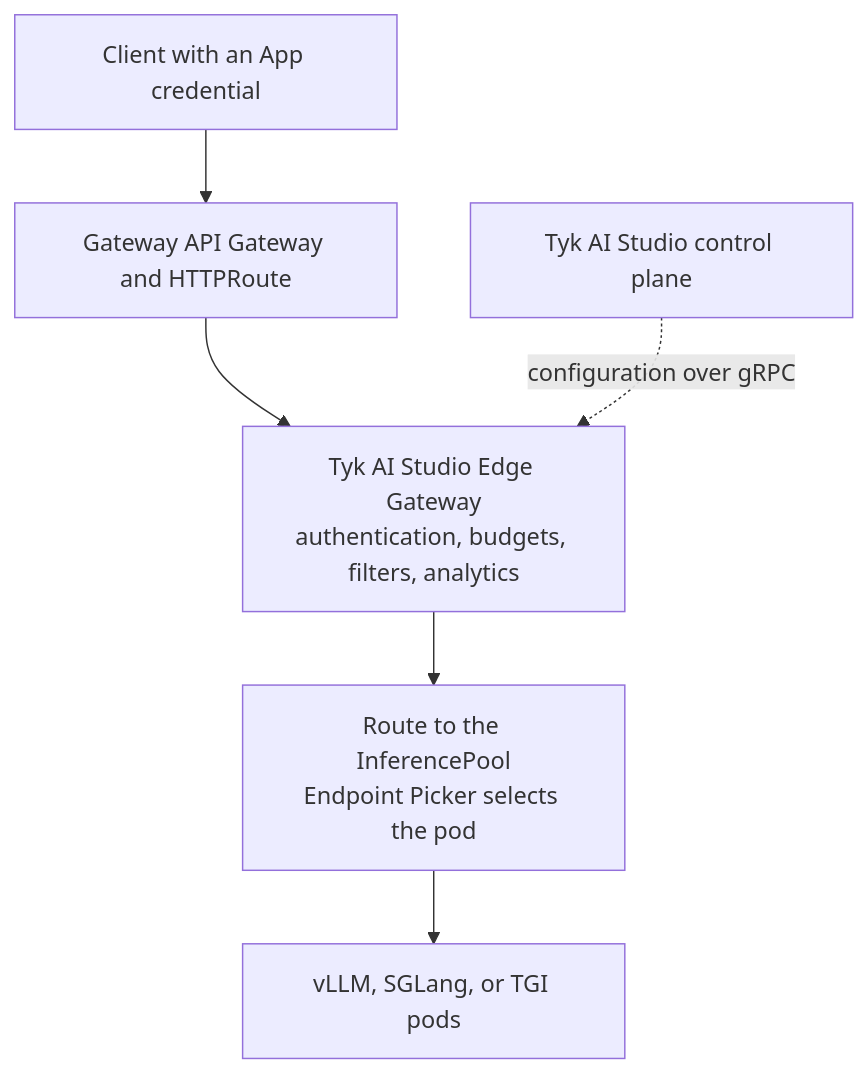
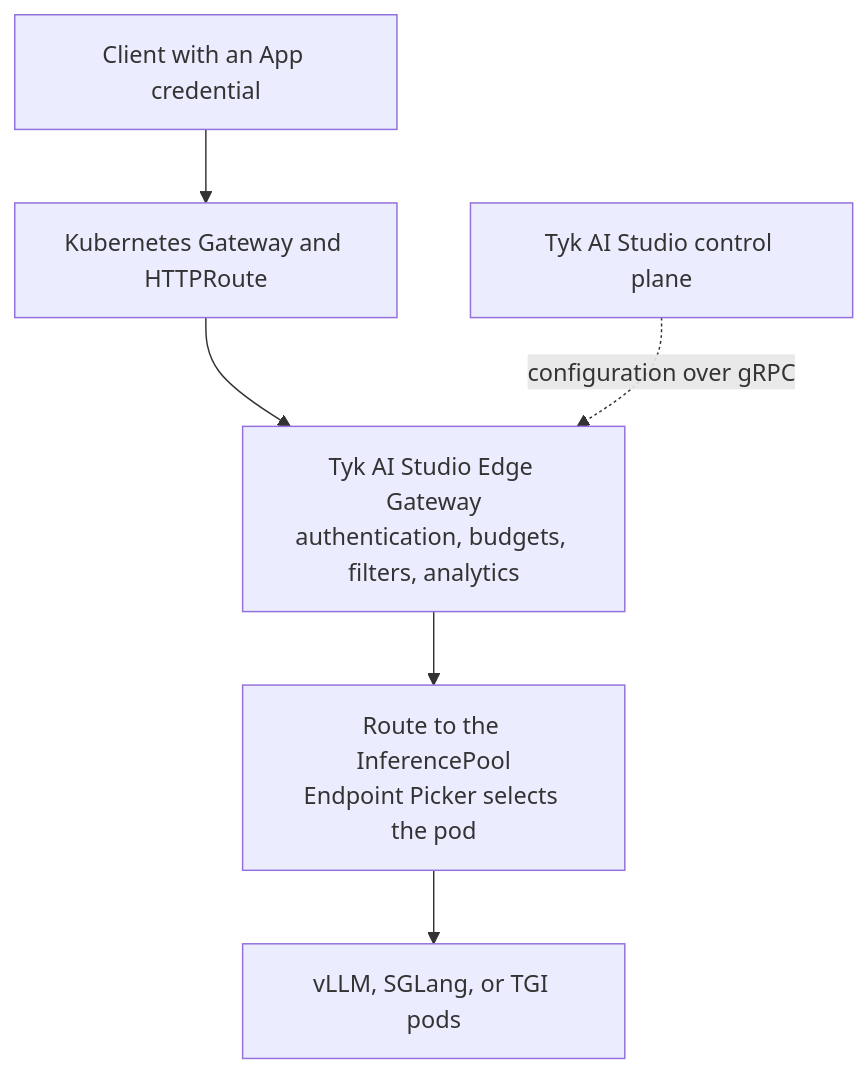
The diagram in ai-management/ai-studio/deployment-k8s-inference-gateway.mdx (TykTechnologies/tyk-docs), drawn with Mermaid before and after one commit. The commit also changed other lines of this file and 6 other files, not shown here.

````diff
--- a/ai-management/ai-studio/deployment-k8s-inference-gateway.mdx
+++ b/ai-management/ai-studio/deployment-k8s-inference-gateway.mdx
@@ -26,8 +28,8 @@
 ```mermaid
 flowchart TB
-    C[Client with an App credential] --> GW[Gateway API Gateway and HTTPRoute]
+    C[Client with an App credential] --> GW[Kubernetes Gateway and HTTPRoute]
     GW --> EG["Tyk AI Studio Edge Gateway<br/>authentication, budgets, filters, analytics"]
     EG --> IR["Route to the InferencePool<br/>Endpoint Picker selects the pod"]
     IR --> P[vLLM, SGLang, or TGI pods]
     AS[Tyk AI Studio control plane] -. configuration over gRPC .-> EG
 ```
````
